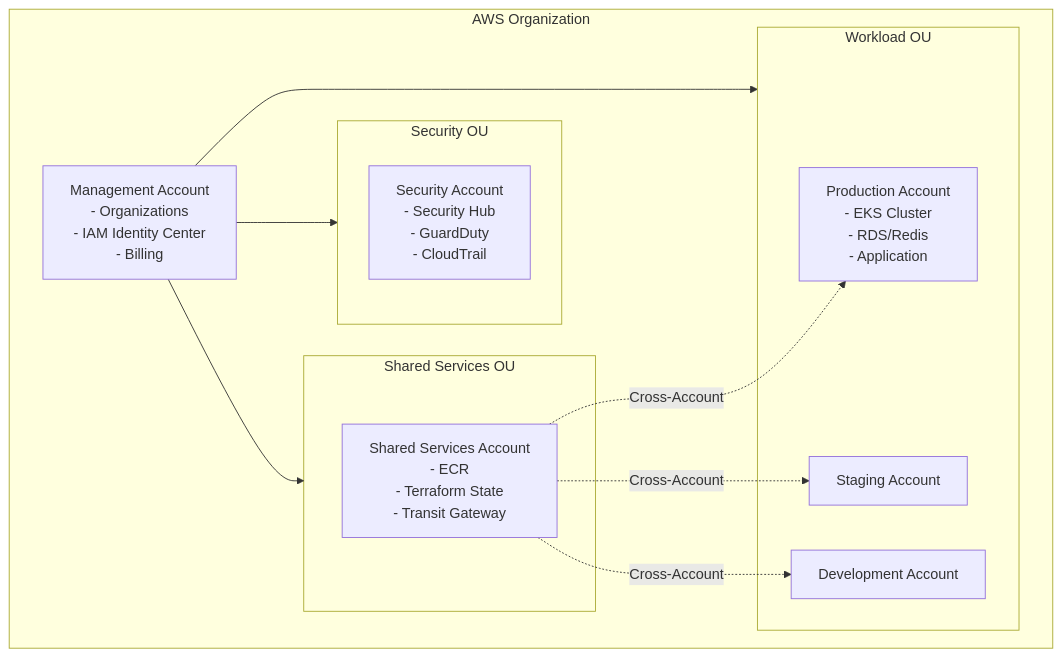
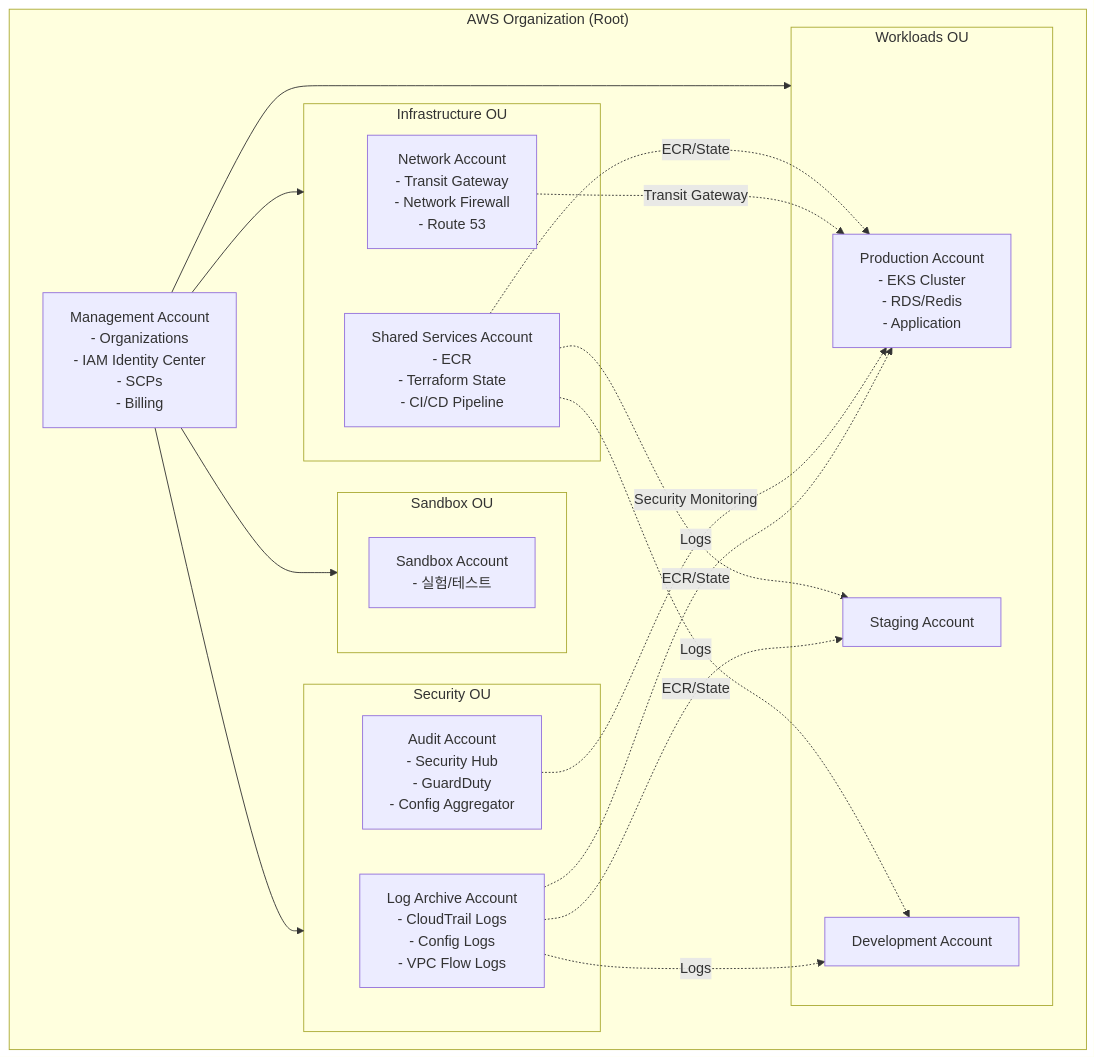
The second of 9 diagrams in docs/architecture.md (JSJ2337/AWS_EKS_terraform_code), drawn with Mermaid before and after one commit. The commit also changed other lines of this file and 2 other files, not shown here.

Commit message:
refactor: AWS Landing Zone 베스트 프랙티스 기반 멀티 어카운트 구조 적용

````diff
--- a/docs/architecture.md
+++ b/docs/architecture.md
@@ -58,27 +58,40 @@
 ```mermaid
 flowchart TB
-    subgraph Org["AWS Organization"]
-        Management["Management Account<br/>- Organizations<br/>- IAM Identity Center<br/>- Billing"]
+    subgraph Org["AWS Organization (Root)"]
+        Management["Management Account<br/>- Organizations<br/>- IAM Identity Center<br/>- SCPs<br/>- Billing"]
 
         subgraph SecurityOU["Security OU"]
-            Security["Security Account<br/>- Security Hub<br/>- GuardDuty<br/>- CloudTrail"]
+            LogArchive["Log Archive Account<br/>- CloudTrail Logs<br/>- Config Logs<br/>- VPC Flow Logs"]
+            Audit["Audit Account<br/>- Security Hub<br/>- GuardDuty<br/>- Config Aggregator"]
         end
 
-        subgraph SharedOU["Shared Services OU"]
-            Shared["Shared Services Account<br/>- ECR<br/>- Terraform State<br/>- Transit Gateway"]
+        subgraph InfraOU["Infrastructure OU"]
+            Network["Network Account<br/>- Transit Gateway<br/>- Network Firewall<br/>- Route 53"]
+            Shared["Shared Services Account<br/>- ECR<br/>- Terraform State<br/>- CI/CD Pipeline"]
         end
 
-        subgraph WorkloadOU["Workload OU"]
+        subgraph SandboxOU["Sandbox OU"]
+            Sandbox["Sandbox Account<br/>- 실험/테스트"]
+        end
+
+        subgraph WorkloadOU["Workloads OU"]
             Prod["Production Account<br/>- EKS Cluster<br/>- RDS/Redis<br/>- Application"]
             Stg["Staging Account"]
             Dev["Development Account"]
         end
     end
 
     Management --> SecurityOU
-    Management --> SharedOU
+    Management --> InfraOU
+    Management --> SandboxOU
     Management --> WorkloadOU
-    Shared -.->|Cross-Account| Prod
-    Shared -.->|Cross-Account| Stg
-    Shared -.->|Cross-Account| Dev
+
+    LogArchive -.->|Logs| Prod
+    LogArchive -.->|Logs| Stg
+    LogArchive -.->|Logs| Dev
+    Audit -.->|Security Monitoring| Prod
+    Network -.->|Transit Gateway| Prod
+    Shared -.->|ECR/State| Prod
+    Shared -.->|ECR/State| Stg
+    Shared -.->|ECR/State| Dev
 ```
````
